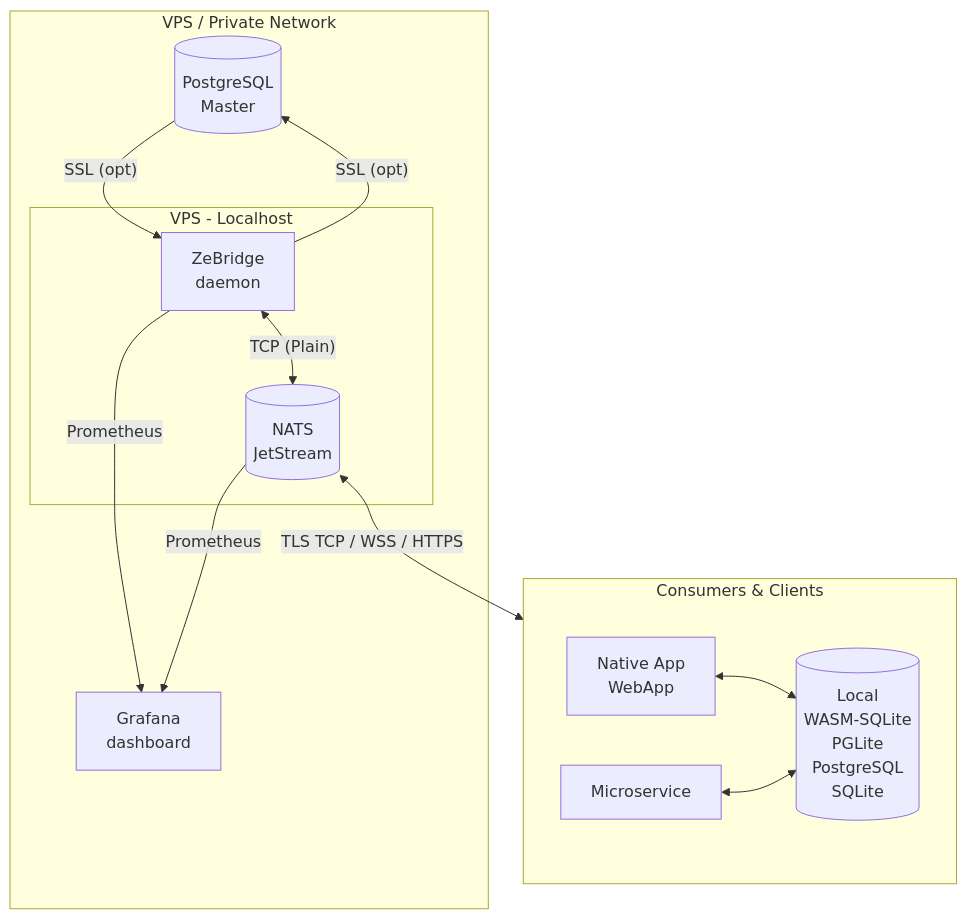
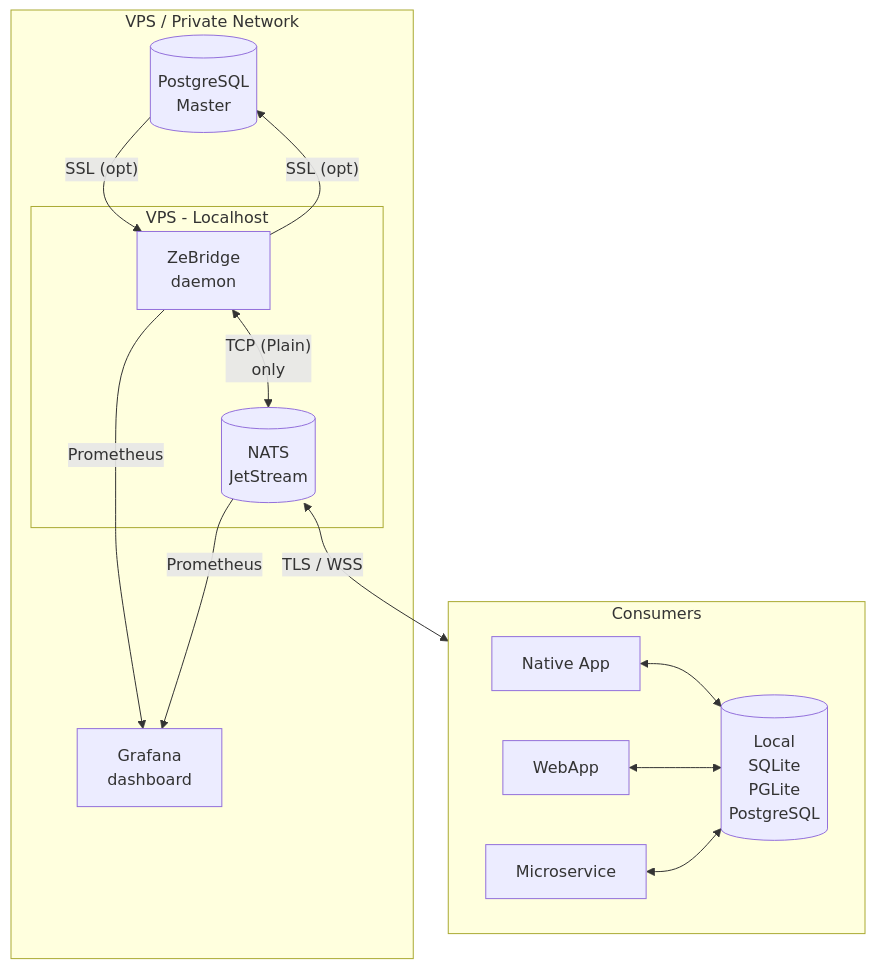
The first of 2 diagrams in README.md (ndrean/ZeBridge), drawn with Mermaid before and after one commit. The commit also changed other lines of this file and 16 other files, not shown here.

````diff
--- a/README.md
+++ b/README.md
@@ -50,27 +59,29 @@
 ```mermaid
 flowchart TD
     subgraph VPS["VPS / Private Network"]
         PG[("PostgreSQL <br> Master")]
         subgraph Localhost ["VPS - Localhost"]
           Bridge["ZeBridge <br> daemon"]
           NATS[("NATS <br> JetStream")]
         end
         
         Bridge -- Prometheus --> Grafana["Grafana <br> dashboard"]
         NATS -- Prometheus --> Grafana
 
         PG -- "SSL (opt)" --> Bridge
         Bridge -- "SSL (opt)" --> PG
-        Bridge <--> |"TCP (Plain)"| NATS
+        Bridge <--> |"TCP (Plain)" <br> only| NATS
     end
 
-    NATS <--> |"TLS TCP / WSS / HTTPS"| Consumers
+    NATS <--> |"TLS / WSS"| Consumers
 
 
-    subgraph Consumers["Consumers & Clients"]
-        App["Native App <br> WebApp"]
-        Server_Worker["Microservice"]
-        App <--> Local_DB[("Local<br> WASM-SQLite <br> PGLite <br> PostgreSQL <br> SQLite")]
-        Server_Worker <--> Local_DB
+    subgraph Consumers["Consumers"]
+        NativeApp["Native App"]
+        WebApp["WebApp"]
+        Worker["Microservice"]
+        NativeApp <--> Local_DB[("Local<br> SQLite <br> PGLite <br> PostgreSQL")]
+        WebApp <--> Local_DB
+        Worker <--> Local_DB
     end
 ```
````
